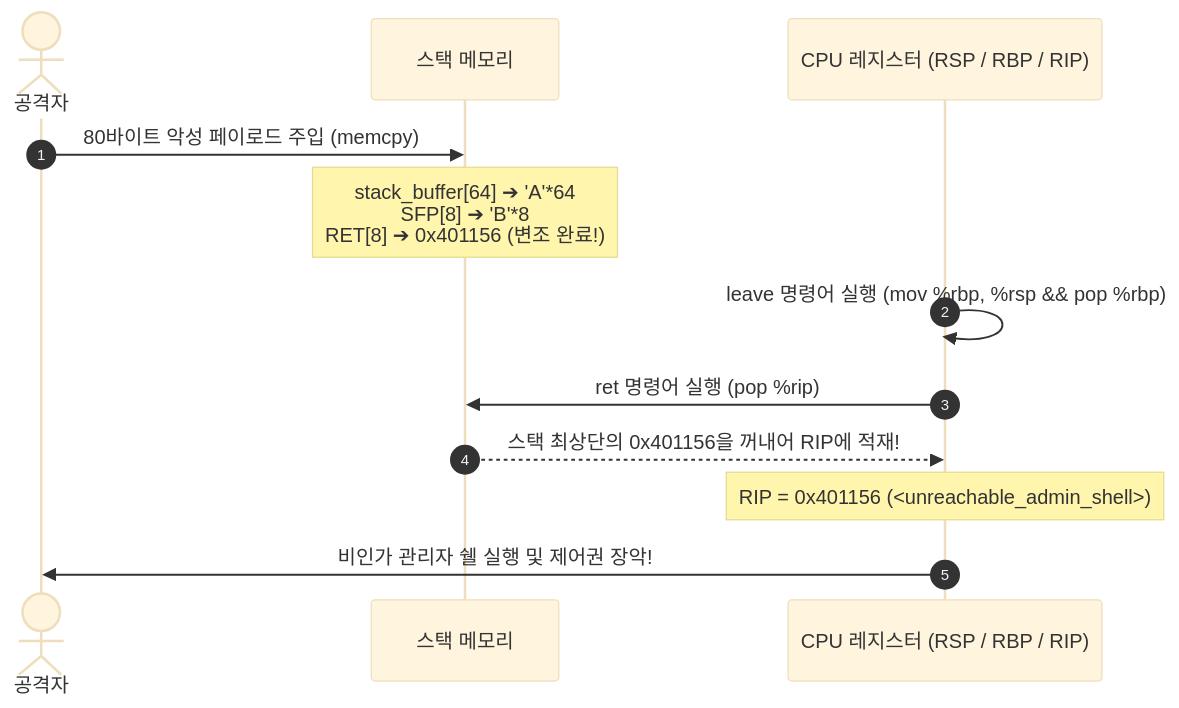
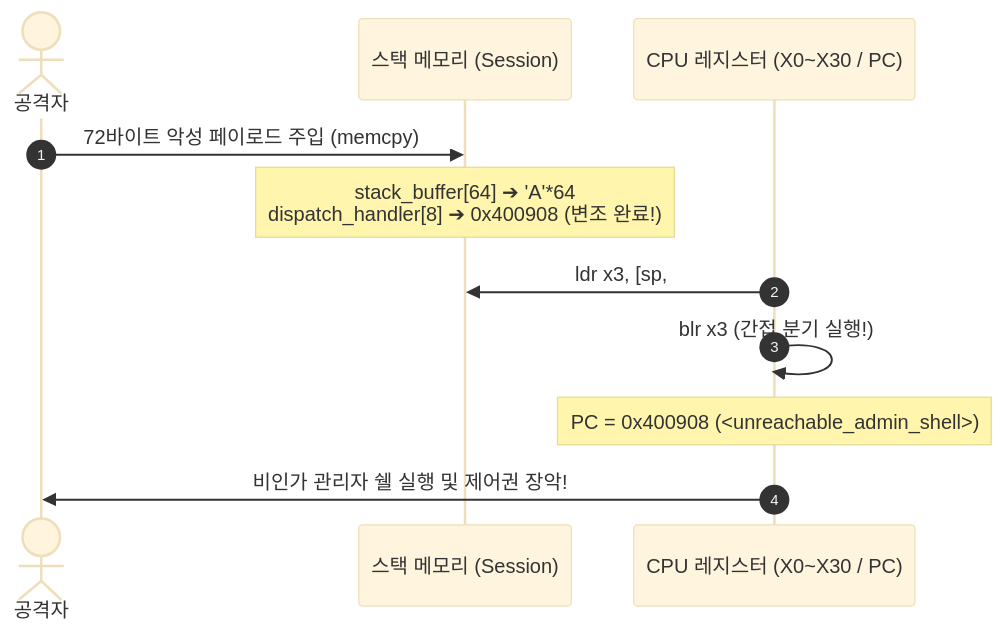
One commit to auking45/linux-kernel-hardening-lab changed the diagram in docs/ko/principles/05-stack-bof-rip.md. Above: the diagram before and after it, drawn with Mermaid (base theme). The commit also changed other lines of this file and 17 other files, not shown here.

Commit message:
feat(principles): migrate labs 01-05 and docs to AArch64 default dual architecture

````diff
--- a/docs/ko/principles/05-stack-bof-rip.md
+++ b/docs/ko/principles/05-stack-bof-rip.md
@@ -52,15 +63,14 @@
-```mermaid
-sequenceDiagram
-    autonumber
-    actor Attacker as 공격자
-    participant Stack as 스택 메모리
-    participant CPU as CPU 레지스터 (RSP / RBP / RIP)
+    ```mermaid
+    sequenceDiagram
+        autonumber
+        actor Attacker as 공격자
+        participant Stack as 스택 메모리 (Session)
+        participant CPU as CPU 레지스터 (X0~X30 / PC)
 
-    Attacker->>Stack: 80바이트 악성 페이로드 주입 (memcpy)
-    Note over Stack: stack_buffer[64] ➔ 'A'*64<br/>SFP[8] ➔ 'B'*8<br/>RET[8] ➔ 0x401156 (변조 완료!)
-    CPU->>CPU: leave 명령어 실행 (mov %rbp, %rsp && pop %rbp)
-    CPU->>Stack: ret 명령어 실행 (pop %rip)
-    Stack-->>CPU: 스택 최상단의 0x401156을 꺼내어 RIP에 적재!
-    Note over CPU: RIP = 0x401156 (<unreachable_admin_shell>)
-    CPU->>Attacker: 비인가 관리자 쉘 실행 및 제어권 장악!
-```
+        Attacker->>Stack: 72바이트 악성 페이로드 주입 (memcpy)
+        Note over Stack: stack_buffer[64] ➔ 'A'*64<br/>dispatch_handler[8] ➔ 0x400908 (변조 완료!)
+        CPU->>Stack: ldr x3, [sp, #64] (dispatch_handler 로드)
+        CPU->>CPU: blr x3 (간접 분기 실행!)
+        Note over CPU: PC = 0x400908 (<unreachable_admin_shell>)
+        CPU->>Attacker: 비인가 관리자 쉘 실행 및 제어권 장악!
+    ```
````
